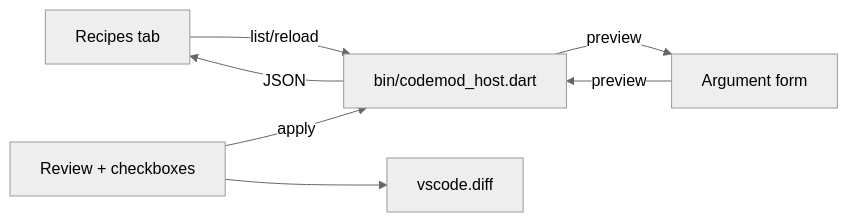
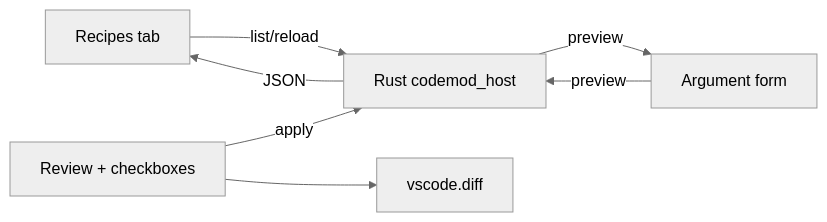
One commit to c4rl2s0n/CodemodRecipe changed the diagram in vscode_extension/README.md. Above: the diagram before and after it, drawn with Mermaid (neutral theme). The commit also changed other lines of this file and 7 other files, not shown here.

First line of the commit message:
feat(vscode): document Rust host as default and fix integration smoke test

````diff
--- a/vscode_extension/README.md
+++ b/vscode_extension/README.md
@@ -12,9 +12,9 @@
 ```mermaid
 flowchart LR
     RecipesTab["Recipes tab"] -->|list/reload| Host
     Form["Argument form"] -->|preview| Host
     Review["Review + checkboxes"] -->|apply| Host
-    Host["bin/codemod_host.dart"] -->|JSON| RecipesTab
+    Host["Rust codemod_host"] -->|JSON| RecipesTab
     Host -->|preview| Form
     Review --> Diff["vscode.diff"]
 ```
````
